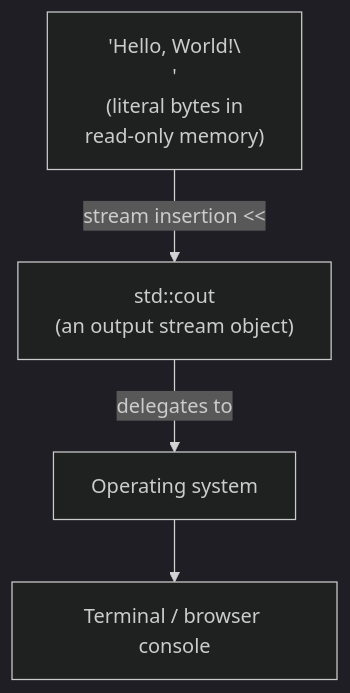
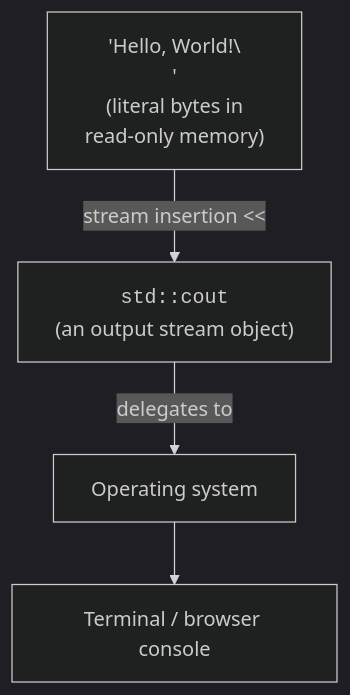
The second of 2 diagrams in content/learn/from-zero-to-cpp/your-first-program.mdx (dataslope/dataslope), drawn with Mermaid (dark theme) before and after one commit. The commit also changed 153 other files, not shown here.

First line of the commit message:
Render code-only mermaid shapes in monospace; convert step sequences to Steps

````diff
--- a/content/learn/from-zero-to-cpp/your-first-program.mdx
+++ b/content/learn/from-zero-to-cpp/your-first-program.mdx
@@ -82,6 +82,6 @@
 ```mermaid
 flowchart TD
-    L["'Hello, World!\\n'<br/>(literal bytes in<br/>read-only memory)"] -->|stream insertion <<| O["std::cout<br/>(an output stream object)"]
+    L["'Hello, World!\\n'<br/>(literal bytes in<br/>read-only memory)"] -->|stream insertion <<| O["<code>std::cout</code><br/>(an output stream object)"]
     O -->|delegates to| OS[Operating system]
     OS --> T[Terminal / browser console]
 ```
````
